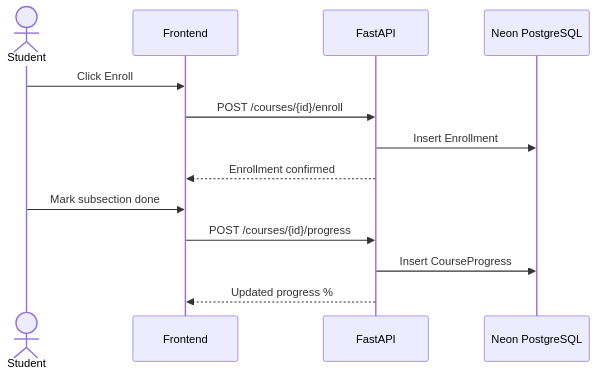
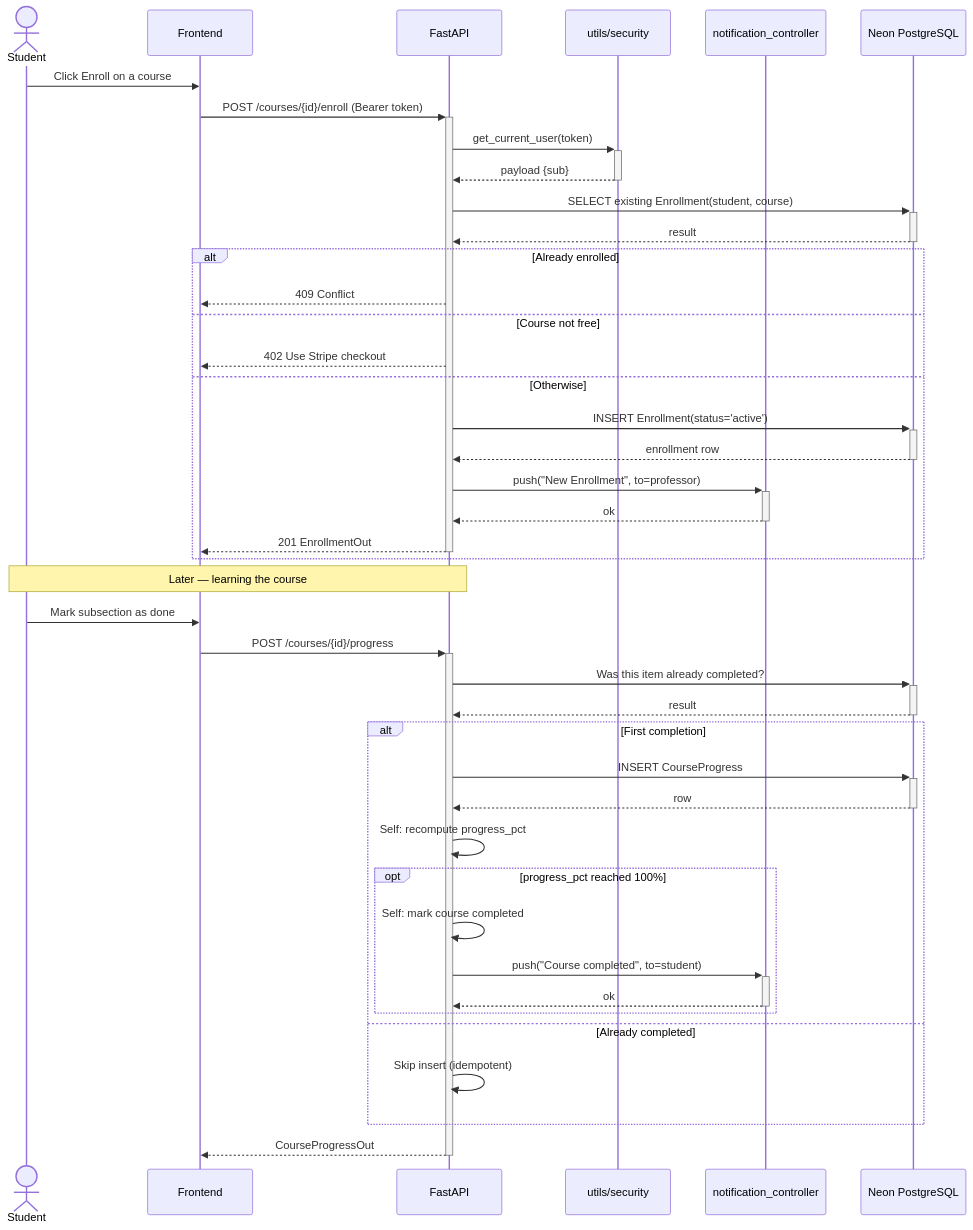
Before and after one commit to yazidha09/Hub4Learners: the fifth of 5 diagrams in docs/sprints/SPRINT_2.md, drawn with Mermaid. The commit also changed other lines of this file and 5 other files, not shown here.

````diff
--- a/docs/sprints/SPRINT_2.md
+++ b/docs/sprints/SPRINT_2.md
@@ -181,17 +203,47 @@
 ```mermaid
 sequenceDiagram
     actor Student
     participant Frontend
     participant API as FastAPI
+    participant Sec as utils/security
+    participant Notif as notification_controller
     participant DB as Neon PostgreSQL
 
-    Student->>Frontend: Click Enroll
-    Frontend->>API: POST /courses/{id}/enroll
-    API->>DB: Insert Enrollment
-    API-->>Frontend: Enrollment confirmed
+    Student->>Frontend: Click Enroll on a course
+    Frontend->>+API: POST /courses/{id}/enroll (Bearer token)
+    API->>+Sec: get_current_user(token)
+    Sec-->>-API: payload {sub}
+    API->>+DB: SELECT existing Enrollment(student, course)
+    DB-->>-API: result
+    alt Already enrolled
+        API-->>Frontend: 409 Conflict
+    else Course not free
+        API-->>Frontend: 402 Use Stripe checkout
+    else Otherwise
+        API->>+DB: INSERT Enrollment(status='active')
+        DB-->>-API: enrollment row
+        API->>+Notif: push("New Enrollment", to=professor)
+        Notif-->>-API: ok
+        API-->>-Frontend: 201 EnrollmentOut
+    end
 
-    Student->>Frontend: Mark subsection done
-    Frontend->>API: POST /courses/{id}/progress
-    API->>DB: Insert CourseProgress
-    API-->>Frontend: Updated progress %
+    Note over Student,API: Later — learning the course
+
+    Student->>Frontend: Mark subsection as done
+    Frontend->>+API: POST /courses/{id}/progress
+    API->>+DB: Was this item already completed?
+    DB-->>-API: result
+    alt First completion
+        API->>+DB: INSERT CourseProgress
+        DB-->>-API: row
+        API->>API: Self: recompute progress_pct
+        opt progress_pct reached 100%
+            API->>API: Self: mark course completed
+            API->>+Notif: push("Course completed", to=student)
+            Notif-->>-API: ok
+        end
+    else Already completed
+        API->>API: Skip insert (idempotent)
+    end
+    API-->>-Frontend: CourseProgressOut
 ```
````
